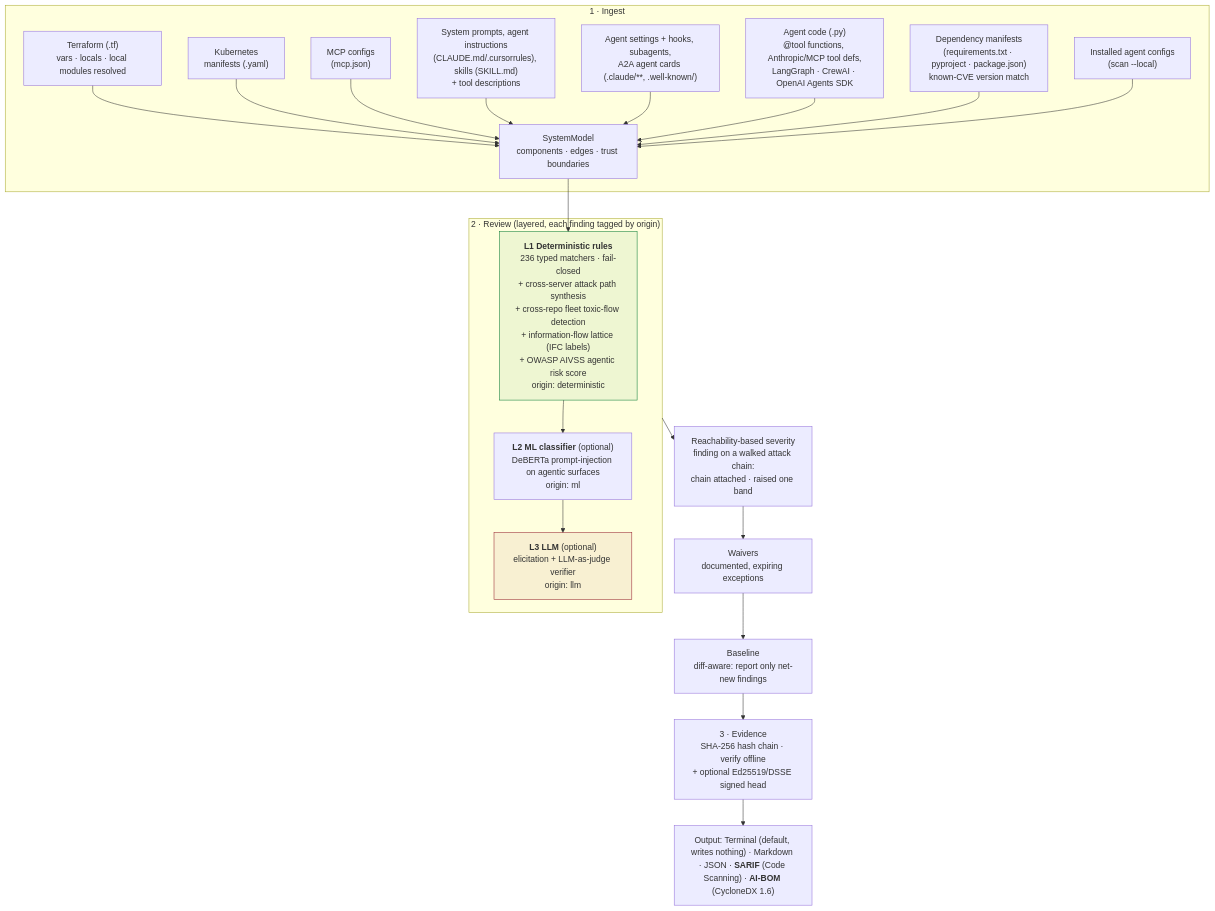
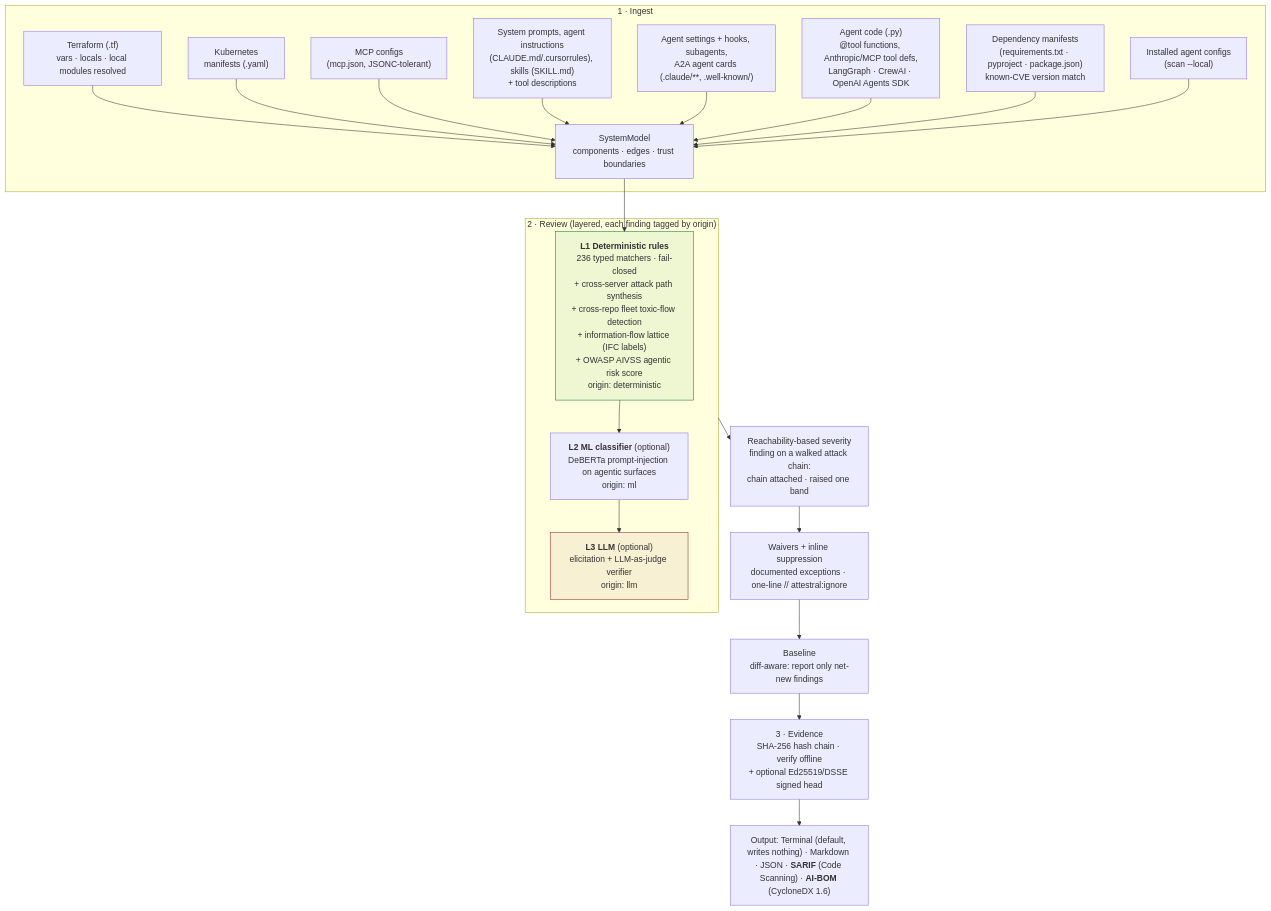
Before and after one commit to zeyadalsakhii/attestral: the first of 4 diagrams in README.md, drawn with Mermaid. The commit also changed other lines of this file and 17 other files, not shown here.

First line of the commit message:
False-positive budget (M3): per-rule confidence, --min-confidence, inline suppression

````diff
--- a/README.md
+++ b/README.md
@@ -108,28 +108,28 @@
 ```mermaid
 flowchart TB
     subgraph ING["1 · Ingest"]
         TF["Terraform (.tf)<br/>vars · locals · local modules resolved"] --> M
         K8S["Kubernetes<br/>manifests (.yaml)"] --> M
-        MCP["MCP configs<br/>(mcp.json)"] --> M
+        MCP["MCP configs<br/>(mcp.json, JSONC-tolerant)"] --> M
         SP["System prompts, agent instructions<br/>(CLAUDE.md/.cursorrules), skills (SKILL.md)<br/>+ tool descriptions"] --> M
         AC["Agent settings + hooks, subagents,<br/>A2A agent cards (.claude/**, .well-known/)"] --> M
         CODE["Agent code (.py)<br/>@tool functions, Anthropic/MCP tool defs,<br/>LangGraph · CrewAI · OpenAI Agents SDK"] --> M
         DEP["Dependency manifests<br/>(requirements.txt · pyproject · package.json)<br/>known-CVE version match"] --> M
         LC["Installed agent configs<br/>(scan --local)"] --> M
         M["SystemModel<br/>components · edges · trust boundaries"]
     end
     M --> L1
     subgraph REV["2 · Review (layered, each finding tagged by origin)"]
         L1["<b>L1 Deterministic rules</b><br/>236 typed matchers · fail-closed<br/>+ cross-server attack path synthesis<br/>+ cross-repo fleet toxic-flow detection<br/>+ information-flow lattice (IFC labels)<br/>+ OWASP AIVSS agentic risk score<br/>origin: deterministic"]
         L2["<b>L2 ML classifier</b> (optional)<br/>DeBERTa prompt-injection on agentic surfaces<br/>origin: ml"]
         L3["<b>L3 LLM</b> (optional)<br/>elicitation + LLM-as-judge verifier<br/>origin: llm"]
         L1 --> L2 --> L3
     end
     REV --> RS["Reachability-based severity<br/>finding on a walked attack chain:<br/>chain attached · raised one band"]
-    RS --> W["Waivers<br/>documented, expiring exceptions"]
+    RS --> W["Waivers + inline suppression<br/>documented exceptions · one-line // attestral:ignore"]
     W --> BL["Baseline<br/>diff-aware: report only net-new findings"]
     BL --> EV["3 · Evidence<br/>SHA-256 hash chain · verify offline<br/>+ optional Ed25519/DSSE signed head"]
     EV --> OUT["Output: Terminal (default, writes nothing) · Markdown · JSON · <b>SARIF</b> (Code Scanning) · <b>AI-BOM</b> (CycloneDX 1.6)"]
     style L1 fill:#0a7d3611,stroke:#0a7d36
     style L3 fill:#96222E11,stroke:#96222E
 ```
````
